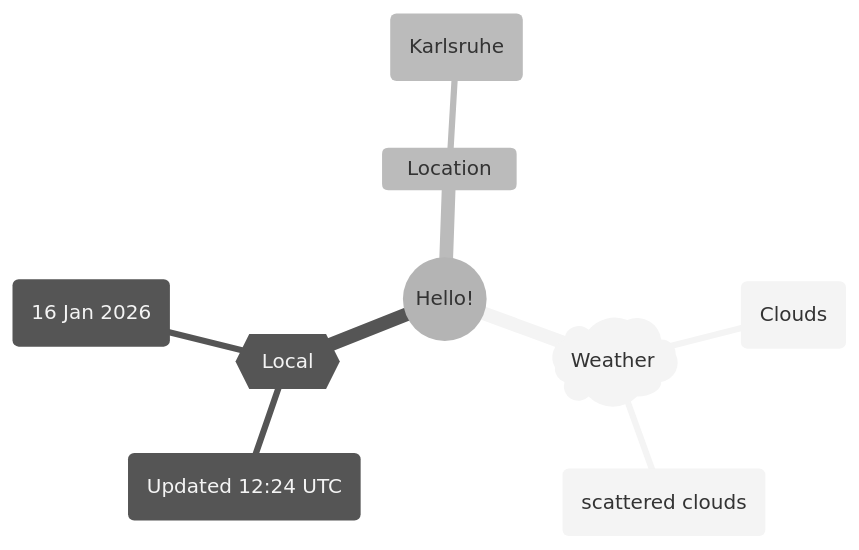
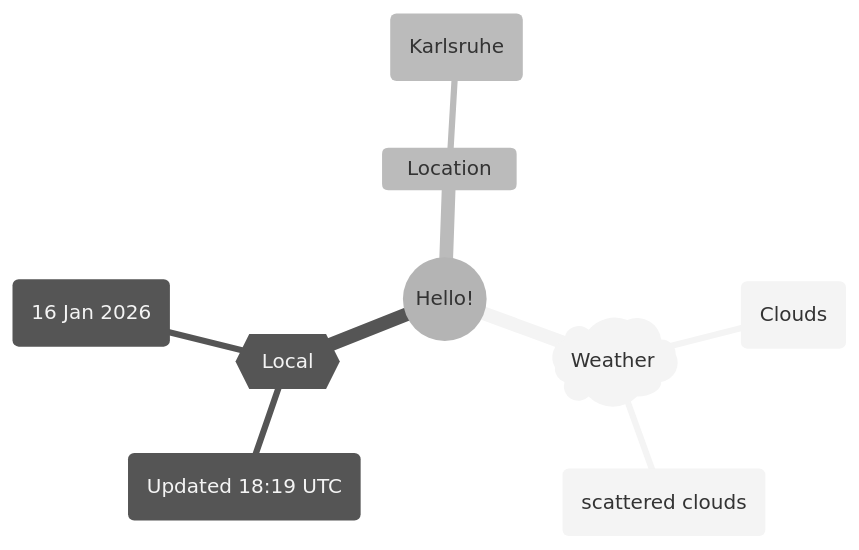
One commit to Xosrov/Xosrov changed the first of 2 diagrams in README.md. Above: the diagram before and after it, drawn with Mermaid (neutral theme).

Commit message:
[bot] updated images

````diff
--- a/README.md
+++ b/README.md
@@ -3,12 +3,12 @@
 ```mermaid
 mindmap
   root((Hello!))
     )Weather(
         (Clouds)
         (scattered clouds)
     {{Local}}
-        (Updated 12:24 UTC)
+        (Updated 18:19 UTC)
         (16 Jan 2026)
     Location
         (Karlsruhe)
 ```
````
